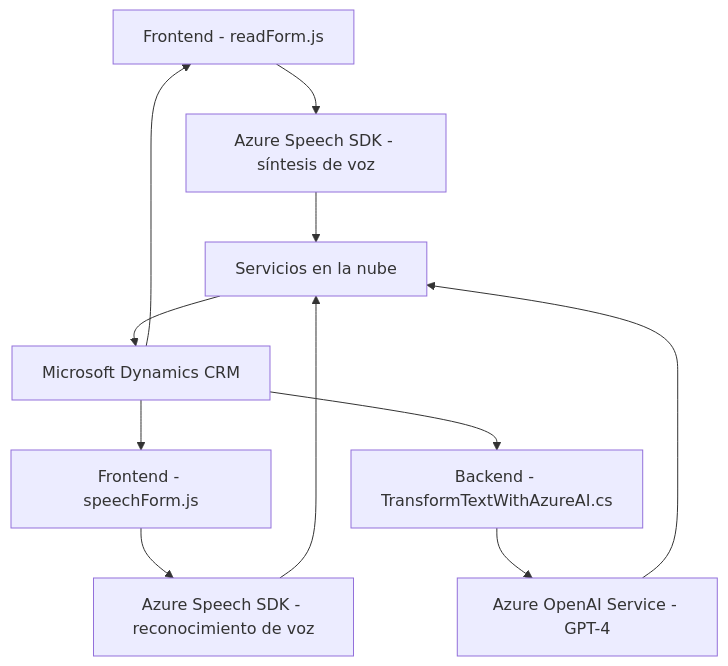
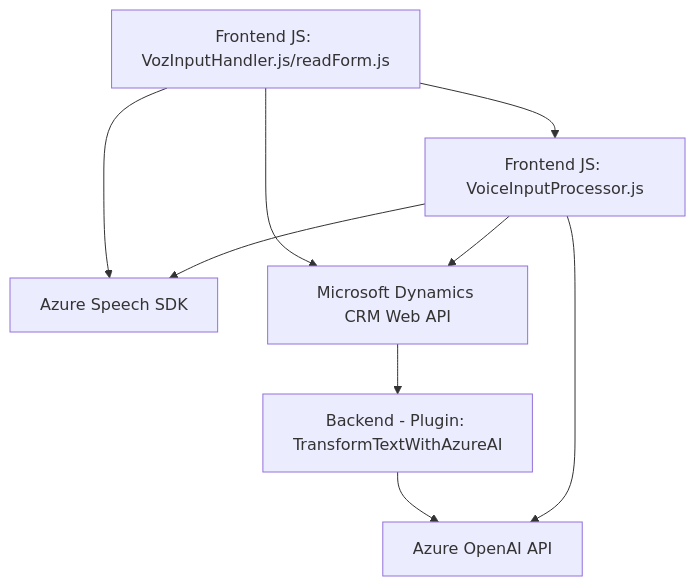
Before and after one commit to blopezdm/NETCORE_BILBAO2025: the diagram in README.md, drawn with Mermaid. The commit also changed other lines of this file, not shown here.

````diff
--- a/README.md
+++ b/README.md
@@ -30,15 +40,11 @@
 ```mermaid
 graph TD
-    A["Frontend - readForm.js"] --> B["Azure Speech SDK - síntesis de voz"]
-    C["Frontend - speechForm.js"] --> D["Azure Speech SDK - reconocimiento de voz"]
-    B --> E["Servicios en la nube"]
-    D --> E
-
-    F["Backend - TransformTextWithAzureAI.cs"] --> G["Azure OpenAI Service - GPT-4"]
-    G --> E
-
-    H["Microsoft Dynamics CRM"] --> A
-    H --> C
-    H --> F
-    E --> H
+    A["Frontend JS: VozInputHandler.js/readForm.js"] --> B["Azure Speech SDK"]
+    A --> C["Microsoft Dynamics CRM Web API"]
+    C --> D["Backend - Plugin: TransformTextWithAzureAI"]
+    D --> E["Azure OpenAI API"]
+    A --> F["Frontend JS: VoiceInputProcessor.js"]
+    F --> C
+    F --> B
+    F --> E
 ```
````
